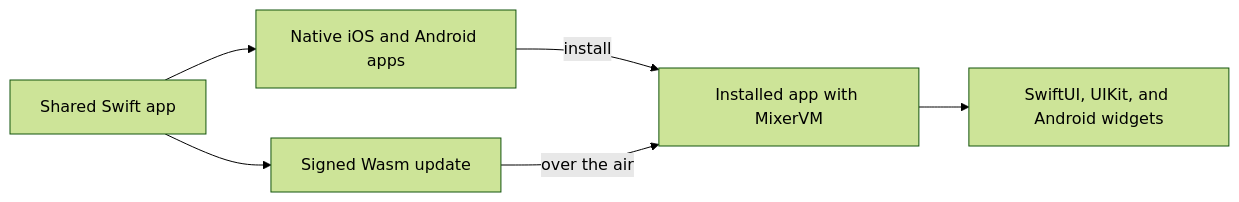
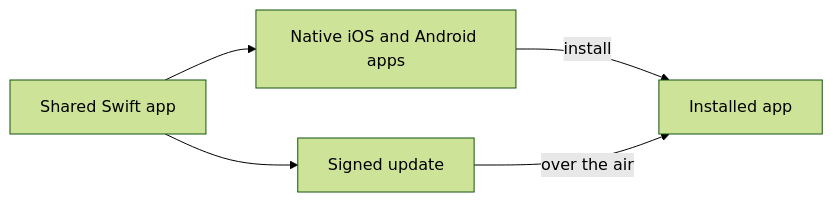
Before and after one commit to snowdamiz/mixer: the diagram in README.md, drawn with Mermaid (forest theme). The commit also changed other lines of this file and 4 other files, not shown here.

````diff
--- a/README.md
+++ b/README.md
@@ -48,8 +43,7 @@
 ```mermaid
 flowchart LR
   swift["Shared Swift app"] --> native["Native iOS and Android apps"]
-  swift --> update["Signed Wasm update"]
-  native -->|install| device["Installed app with MixerVM"]
+  swift --> update["Signed update"]
+  native -->|install| device["Installed app"]
   update -->|over the air| device
-  device --> controls["SwiftUI, UIKit, and Android widgets"]
 ```
````
